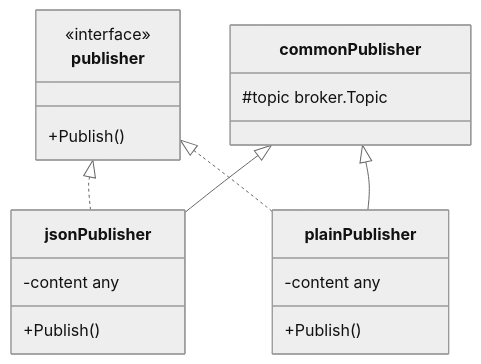
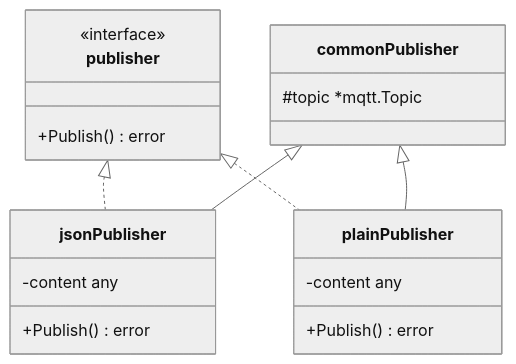
The third of 3 diagrams in docs/ARCHITECTURE.md (MyChaOS87/automqttion), drawn with Mermaid (neutral theme) before and after one commit. The commit also changed other lines of this file and 20 other files, not shown here.

First line of the commit message:
bugfix(mqtt): re-subscribe topics on broker reconnect

````diff
--- a/docs/ARCHITECTURE.md
+++ b/docs/ARCHITECTURE.md
@@ -142,26 +136,26 @@
 ```mermaid
 classDiagram
     class publisher {
         <<interface>>
-        +Publish()
+        +Publish() error
     }
 
     class commonPublisher {
-        #topic broker.Topic
+        #topic *mqtt.Topic
     }
 
     class jsonPublisher {
         -content any
-        +Publish()
+        +Publish() error
     }
 
     class plainPublisher {
         -content any
-        +Publish()
+        +Publish() error
     }
 
     publisher <|.. jsonPublisher
     publisher <|.. plainPublisher
     commonPublisher <|-- jsonPublisher
     commonPublisher <|-- plainPublisher
 ```
````
